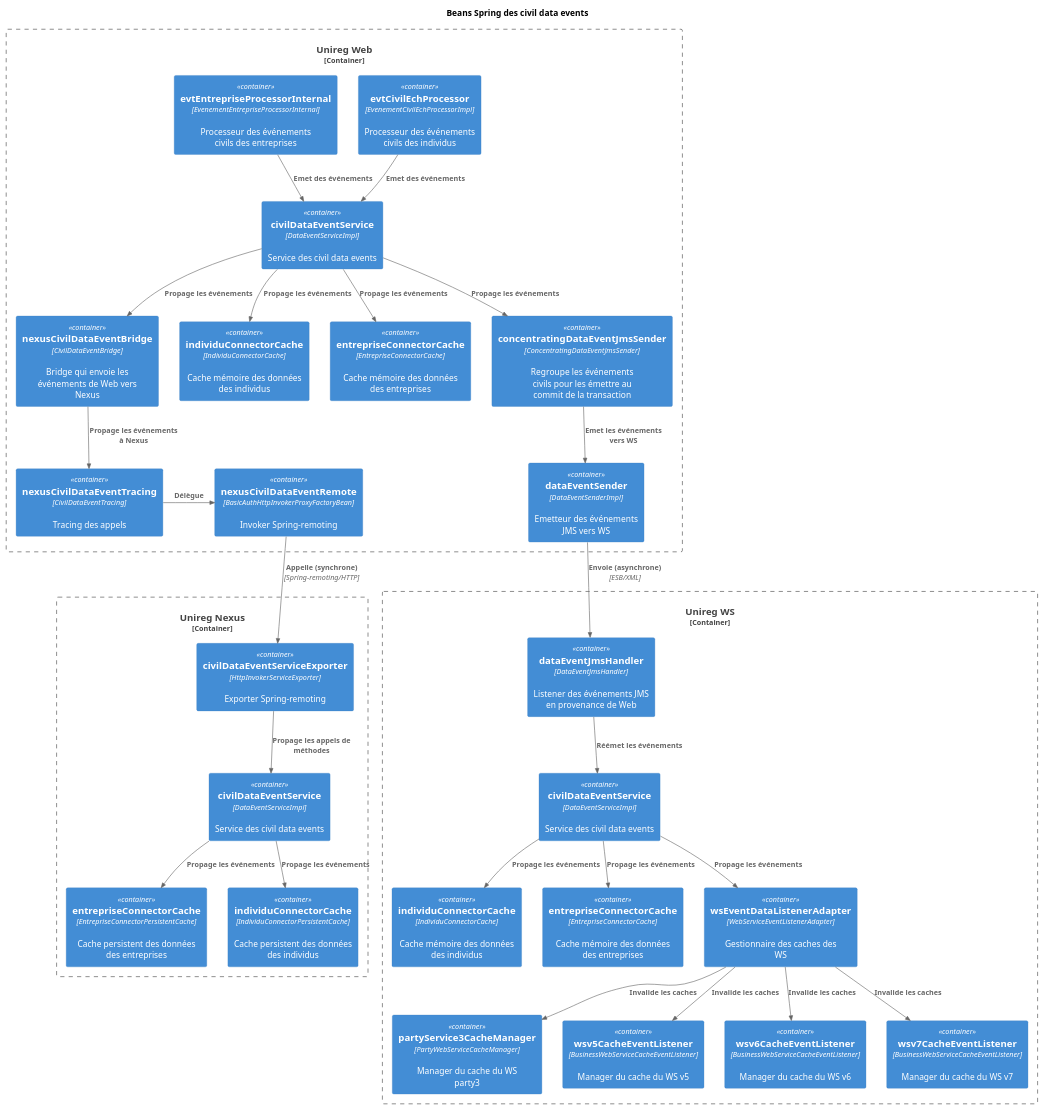
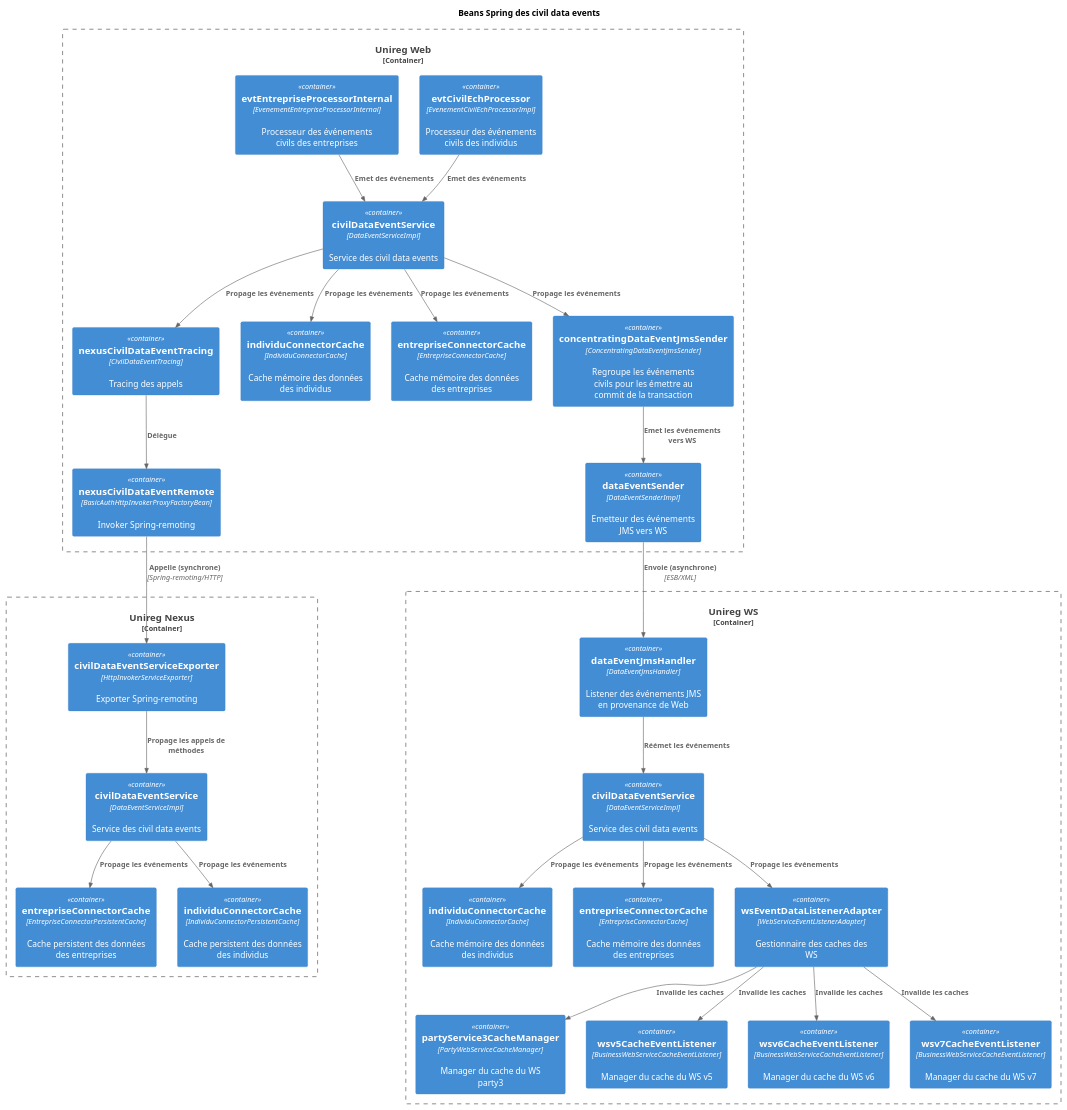
The diagram in base/doc/diagrams/03_unireg_component_diagram_civil_data_events.puml (dmama/etv-reguni), drawn with PlantUML before and after one commit. The commit also changed 52 other files, not shown here.

First line of the commit message:
[code cleanup] Supprimé l'enregistrement dynamique des listeners dans les services civil/fiscal des data events en faveur de l'injection des listeners par le context Spring.

```diff
--- a/base/doc/diagrams/03_unireg_component_diagram_civil_data_events.puml
+++ b/base/doc/diagrams/03_unireg_component_diagram_civil_data_events.puml
@@ -1,75 +1,73 @@
 @startuml 03_unireg_component_diagram_civil_data_events
 !include c4/C4_Container.puml
 
 title Beans Spring des civil data events
 
 Container_Boundary(uniregWeb, "Unireg Web") {
 
     Container(webEvtCivilEchProcessor, "evtCivilEchProcessor", "EvenementCivilEchProcessorImpl", "Processeur des événements civils des individus")
     Container(webEvtEntrepriseProcessor, "evtEntrepriseProcessorInternal", "EvenementEntrepriseProcessorInternal", "Processeur des événements civils des entreprises")
 
     Container(webCivilDataEventService, "civilDataEventService", "DataEventServiceImpl", "Service des civil data events")
 
-	Container(webNexusCivilDataEventBridge, "nexusCivilDataEventBridge", "CivilDataEventBridge", "Bridge qui envoie les événements de Web vers Nexus")
+	Container(webNexusCivilDataEventTracing, "nexusCivilDataEventTracing", "CivilDataEventTracing", "Tracing des appels")
     Container(webIndividuConnectorCache, "individuConnectorCache", "IndividuConnectorCache", "Cache mémoire des données des individus")
     Container(webEntrepriseConnectorCache, "entrepriseConnectorCache", "EntrepriseConnectorCache", "Cache mémoire des données des entreprises")
-	Container(webNexusCivilDataEventTracing, "nexusCivilDataEventTracing", "CivilDataEventTracing", "Tracing des appels")
 	Container(webNexusCivilDataEventService, "nexusCivilDataEventRemote", "BasicAuthHttpInvokerProxyFactoryBean", "Invoker Spring-remoting")
     Container(webConcentratingDataEventJmsSender, "concentratingDataEventJmsSender", "ConcentratingDataEventJmsSender", "Regroupe les événements civils pour les émettre au commit de la transaction")
     Container(webDataEventSender, "dataEventSender", "DataEventSenderImpl", "Emetteur des événements JMS vers WS")
 
 	Rel(webEvtCivilEchProcessor, webCivilDataEventService, "Emet des événements")
 	Rel(webEvtEntrepriseProcessor, webCivilDataEventService, "Emet des événements")
 
 	Rel(webCivilDataEventService, webEntrepriseConnectorCache, "Propage les événements")
 	Rel(webCivilDataEventService, webIndividuConnectorCache, "Propage les événements")
-	Rel(webCivilDataEventService, webNexusCivilDataEventBridge, "Propage les événements")
+	Rel(webCivilDataEventService, webNexusCivilDataEventTracing, "Propage les événements")
 	Rel(webCivilDataEventService, webConcentratingDataEventJmsSender, "Propage les événements")
 
-	Rel(webNexusCivilDataEventBridge, webNexusCivilDataEventTracing, "Propage les événements à Nexus")
-	Rel_R(webNexusCivilDataEventTracing, webNexusCivilDataEventService, "Délègue")
+	Rel(webNexusCivilDataEventTracing, webNexusCivilDataEventService, "Délègue")
 
 	Rel(webConcentratingDataEventJmsSender, webDataEventSender, "Emet les événements vers WS")
 }
 
 Container_Boundary(uniregNexus, "Unireg Nexus") {
 
     Container(nexusCivilDataEventRemoteExporter, "civilDataEventServiceExporter", "HttpInvokerServiceExporter", "Exporter Spring-remoting")
 	Container(nexusCivilDataEventService, "civilDataEventService", "DataEventServiceImpl", "Service des civil data events")
     Container(nexusEntrepriseConnectorCache, "entrepriseConnectorCache", "EntrepriseConnectorPersistentCache", "Cache persistent des données des entreprises")
     Container(nexuIndividuConnectorCache, "individuConnectorCache", "IndividuConnectorPersistentCache", "Cache persistent des données des individus")
 
 
 	Rel(nexusCivilDataEventRemoteExporter, nexusCivilDataEventService, "Propage les appels de méthodes")
 	Rel(nexusCivilDataEventService, nexusEntrepriseConnectorCache, "Propage les événements")
 	Rel(nexusCivilDataEventService, nexuIndividuConnectorCache, "Propage les événements")
 }
 
 Container_Boundary(uniregWS, "Unireg WS") {
 
     Container(wsDataEventJmsHandler, "dataEventJmsHandler", "DataEventJmsHandler", "Listener des événements JMS en provenance de Web")
 	Container(wsCivilDataEventService, "civilDataEventService", "DataEventServiceImpl", "Service des civil data events")
 
     Container(wsIndividuConnectorCache, "individuConnectorCache", "IndividuConnectorCache", "Cache mémoire des données des individus")
     Container(wsEntrepriseConnectorCache, "entrepriseConnectorCache", "EntrepriseConnectorCache", "Cache mémoire des données des entreprises")
     Container(wsEventDataListenerAdapter, "wsEventDataListenerAdapter", "WebServiceEventListenerAdapter", "Gestionnaire des caches des WS")
 
     Container(wsPartyService3CacheManager, "partyService3CacheManager", "PartyWebServiceCacheManager", "Manager du cache du WS party3")
     Container(wsv5CacheEventListener, "wsv5CacheEventListener", "BusinessWebServiceCacheEventListener", "Manager du cache du WS v5")
     Container(wsv6CacheEventListener, "wsv6CacheEventListener", "BusinessWebServiceCacheEventListener", "Manager du cache du WS v6")
     Container(wsv7CacheEventListener, "wsv7CacheEventListener", "BusinessWebServiceCacheEventListener", "Manager du cache du WS v7")
 
 	Rel(wsDataEventJmsHandler, wsCivilDataEventService, "Réémet les événements")
 	Rel(wsCivilDataEventService, wsEventDataListenerAdapter, "Propage les événements")
 	Rel(wsCivilDataEventService, wsIndividuConnectorCache, "Propage les événements")
 	Rel(wsCivilDataEventService, wsEntrepriseConnectorCache, "Propage les événements")
 	Rel(wsEventDataListenerAdapter, wsPartyService3CacheManager, "Invalide les caches")
 	Rel(wsEventDataListenerAdapter, wsv5CacheEventListener, "Invalide les caches")
 	Rel(wsEventDataListenerAdapter, wsv6CacheEventListener, "Invalide les caches")
 	Rel(wsEventDataListenerAdapter, wsv7CacheEventListener, "Invalide les caches")
 }
 
 Rel_D(webNexusCivilDataEventService, nexusCivilDataEventRemoteExporter, "Appelle (synchrone)", "Spring-remoting/HTTP")
 Rel_D(webDataEventSender, wsDataEventJmsHandler, "Envoie (asynchrone)", "ESB/XML")
 
 @enduml
```
